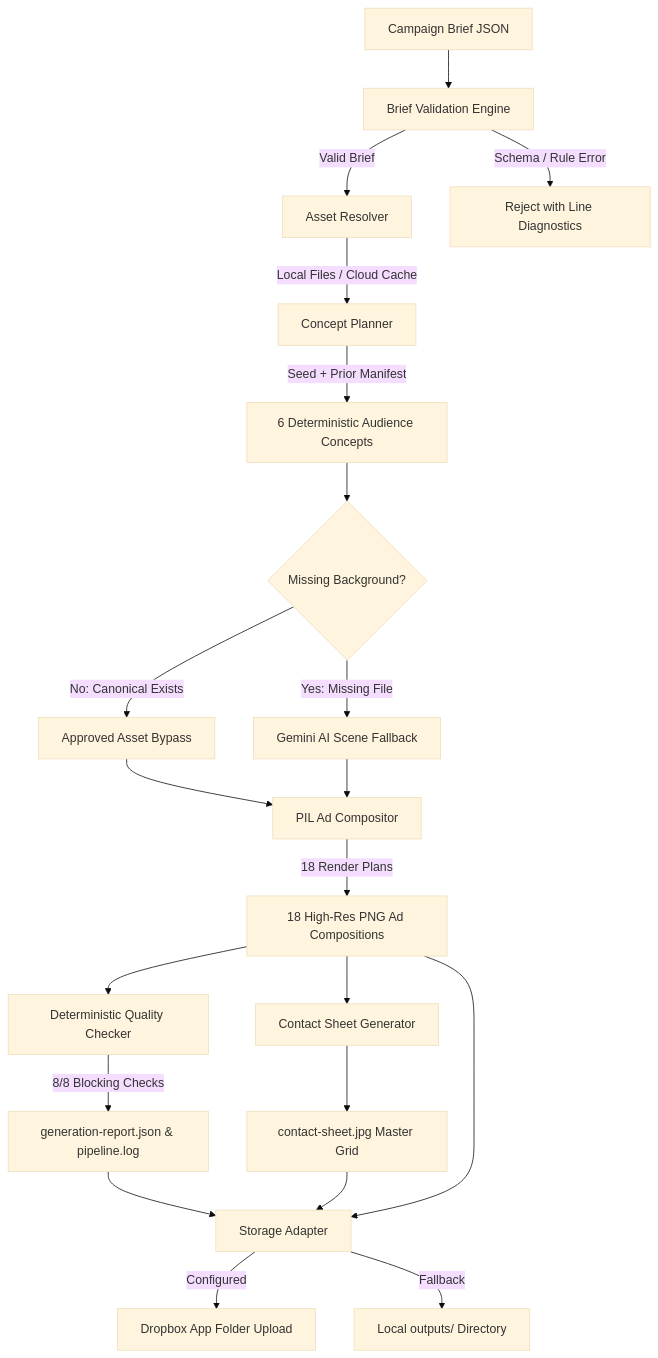
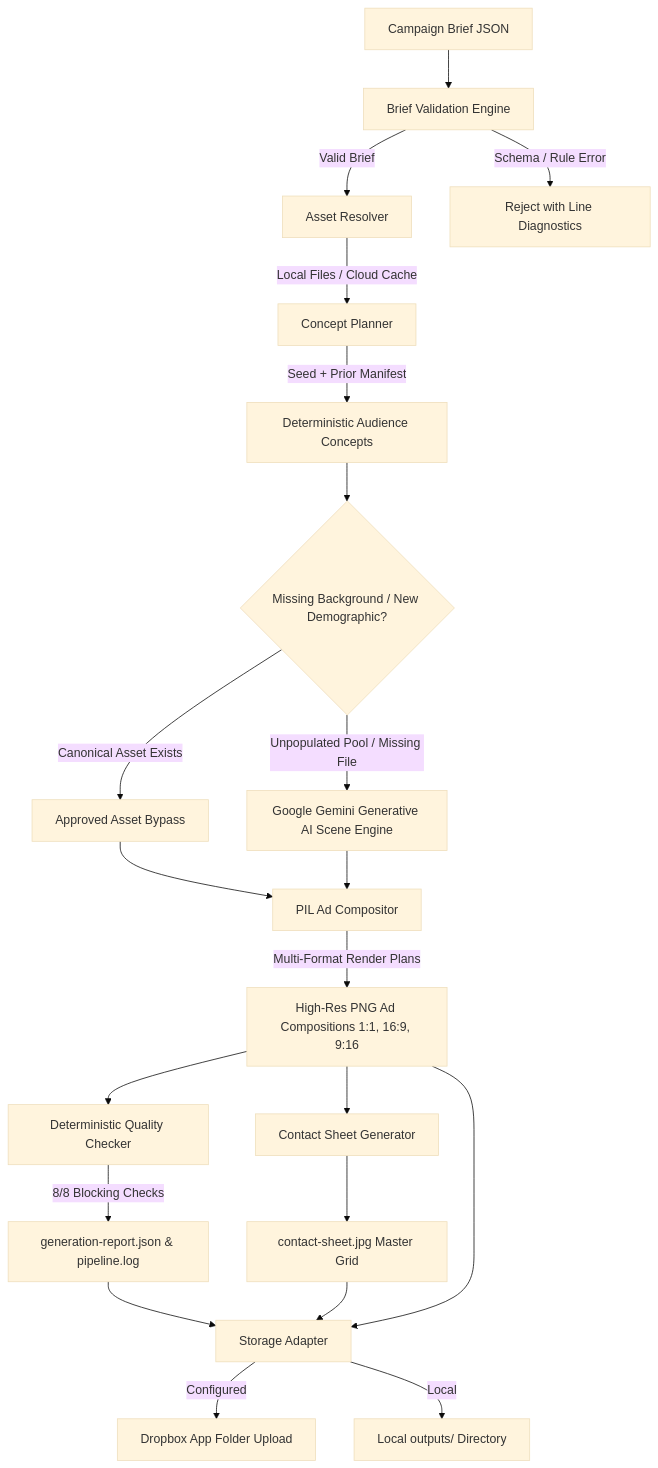
The diagram in README.md (cogspa/YETI_AD_GEN), drawn with Mermaid (base theme) before and after one commit. The commit also changed other lines of this file, not shown here.

Commit message:
Step 32: Update README to emphasize 18-ad baseline testing vs expanded 72-ad Gemini multi-demographic AI scene generation

````diff
--- a/README.md
+++ b/README.md
@@ -199,30 +200,30 @@
 ```mermaid
 flowchart TD
     A[Campaign Brief JSON] --> B[Brief Validation Engine]
     B -->|Valid Brief| C[Asset Resolver]
     B -->|Schema / Rule Error| ERR[Reject with Line Diagnostics]
     
     C -->|Local Files / Cloud Cache| D[Concept Planner]
-    D -->|Seed + Prior Manifest| E[6 Deterministic Audience Concepts]
+    D -->|Seed + Prior Manifest| E[Deterministic Audience Concepts]
     
-    E --> F{Missing Background?}
-    F -->|No: Canonical Exists| G[Approved Asset Bypass]
-    F -->|Yes: Missing File| H[Gemini AI Scene Fallback]
+    E --> F{Missing Background / New Demographic?}
+    F -->|Canonical Asset Exists| G[Approved Asset Bypass]
+    F -->|Unpopulated Pool / Missing File| H[Google Gemini Generative AI Scene Engine]
     
     G --> I[PIL Ad Compositor]
     H --> I
     
-    I -->|18 Render Plans| J[18 High-Res PNG Ad Compositions]
+    I -->|Multi-Format Render Plans| J[High-Res PNG Ad Compositions 1:1, 16:9, 9:16]
     J --> K[Contact Sheet Generator]
     J --> L[Deterministic Quality Checker]
     
     L -->|8/8 Blocking Checks| M[generation-report.json & pipeline.log]
     K --> N[contact-sheet.jpg Master Grid]
     
     M --> O[Storage Adapter]
     N --> O
     J --> O
     
     O -->|Configured| P[Dropbox App Folder Upload]
-    O -->|Fallback| Q[Local outputs/ Directory]
+    O -->|Local| Q[Local outputs/ Directory]
 ```
````
